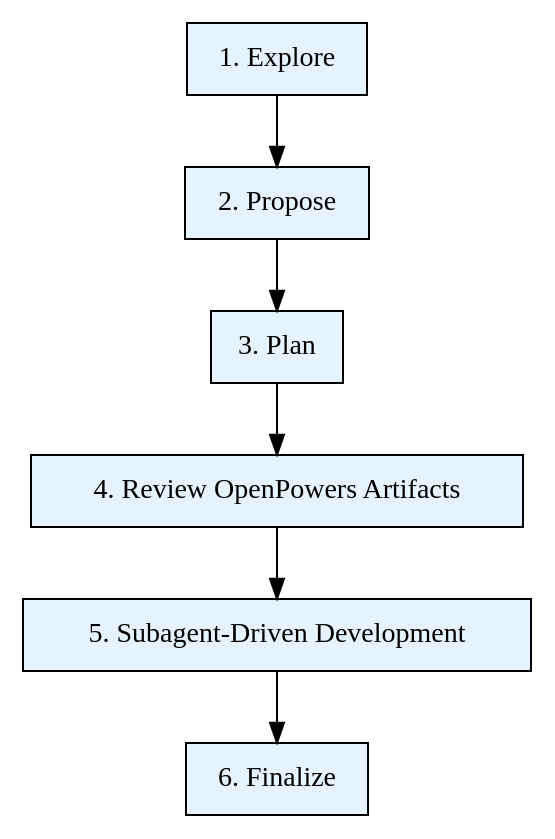
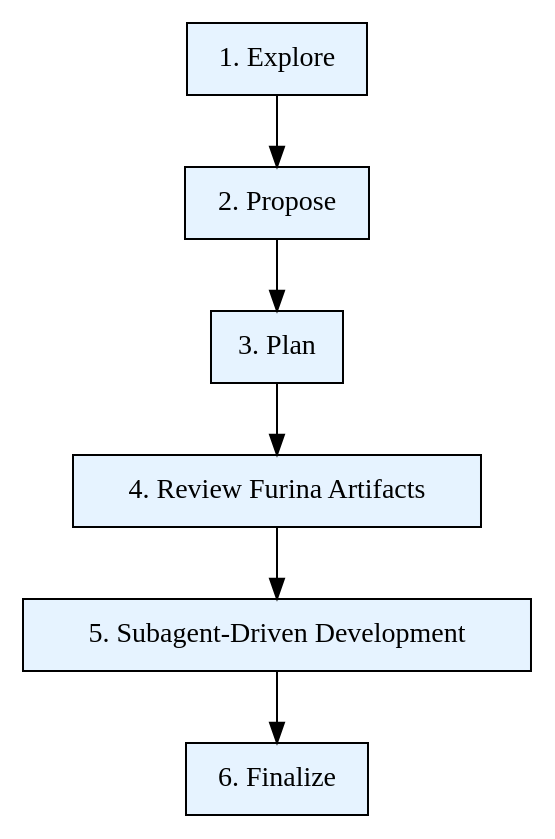
Before and after one commit to Meiyukichan/openpowers: the diagram in marketplace/commands/workflow.md, drawn with Graphviz. The commit also changed other lines of this file and 357 other files, not shown here.

First line of the commit message:
feat(rebrand): rename brand from OpenPowers to Furina across the codebase

````diff
--- a/marketplace/commands/workflow.md
+++ b/marketplace/commands/workflow.md
@@ -55,18 +55,18 @@
 ```dot
 digraph workflow {
     rankdir=TB;
 
     "1. Explore" [shape=box, style=filled, fillcolor="#e6f3ff"];
     "2. Propose" [shape=box, style=filled, fillcolor="#e6f3ff"];
     "3. Plan" [shape=box, style=filled, fillcolor="#e6f3ff"];
-    "4. Review OpenPowers Artifacts" [shape=box, style=filled, fillcolor="#e6f3ff"];
+    "4. Review Furina Artifacts" [shape=box, style=filled, fillcolor="#e6f3ff"];
     "5. Subagent-Driven Development" [shape=box, style=filled, fillcolor="#e6f3ff"];
     "6. Finalize" [shape=box, style=filled, fillcolor="#e6f3ff"];
 
     "1. Explore" -> "2. Propose";
     "2. Propose" -> "3. Plan";
-    "3. Plan" -> "4. Review OpenPowers Artifacts";
-    "4. Review OpenPowers Artifacts" -> "5. Subagent-Driven Development";
+    "3. Plan" -> "4. Review Furina Artifacts";
+    "4. Review Furina Artifacts" -> "5. Subagent-Driven Development";
     "5. Subagent-Driven Development" -> "6. Finalize";
 }
 ```
````
